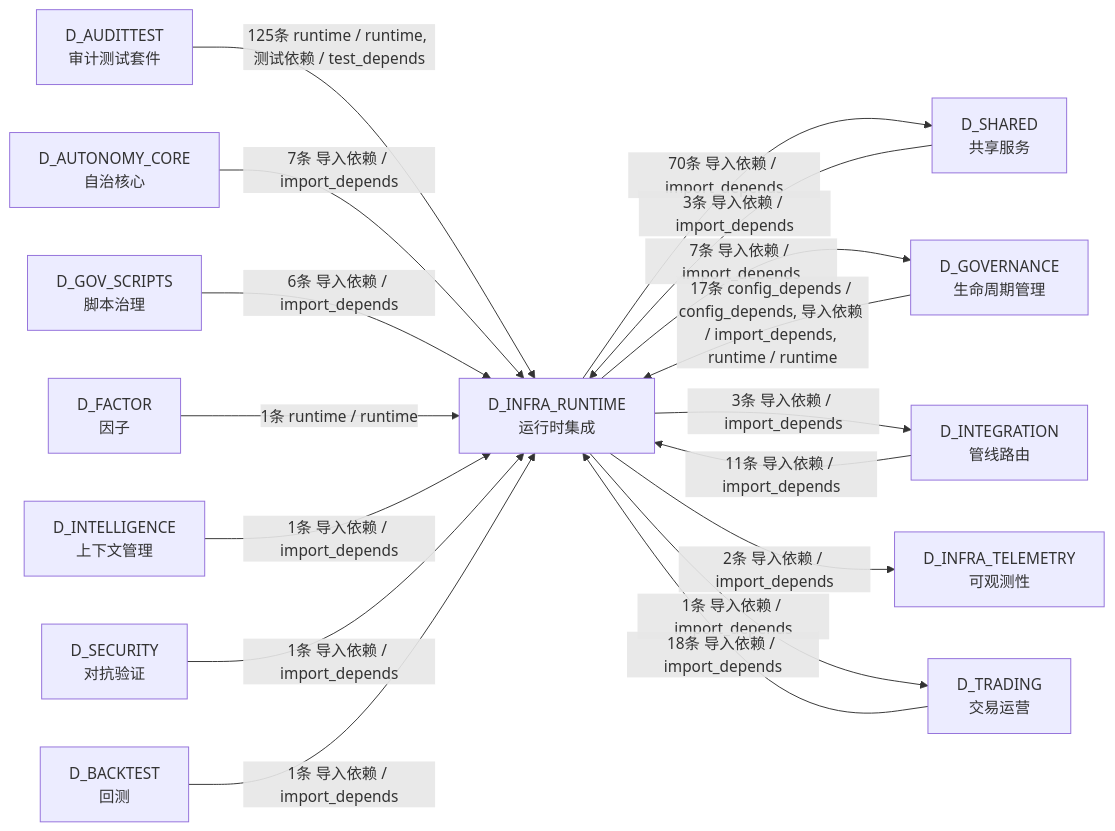
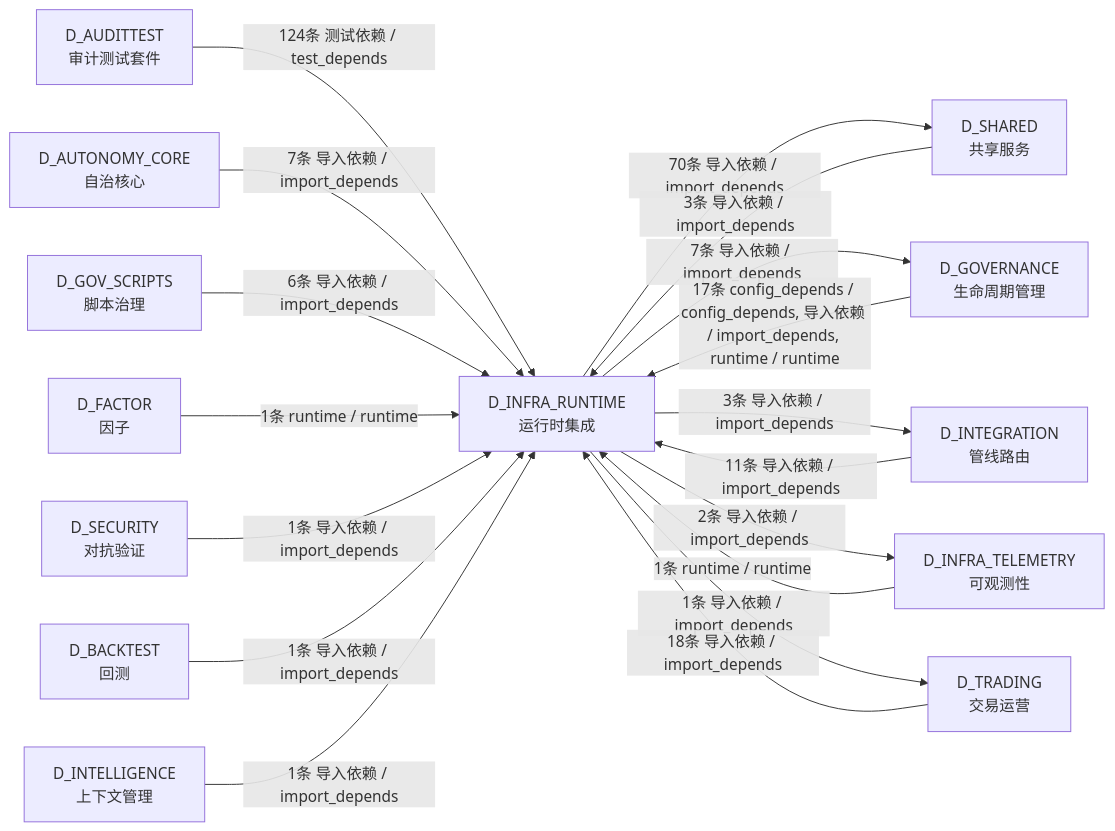
One commit to xuanFelixVan/ZephyrAlpha changed the eighth of 8 diagrams in docs/02_enterprise_architecture/02_domain_architecture_docs/04_d_infra_runtime.md. Above: the diagram before and after it, drawn with Mermaid. The commit also changed other lines of this file and 99 other files, not shown here.

````diff
--- a/docs/02_enterprise_architecture/02_domain_architecture_docs/04_d_infra_runtime.md
+++ b/docs/02_enterprise_architecture/02_domain_architecture_docs/04_d_infra_runtime.md
@@ -1266,32 +1265,33 @@
 ```mermaid
 graph LR
     D_INFRA_RUNTIME["D_INFRA_RUNTIME<br/>运行时集成"]
     D_SHARED["D_SHARED<br/>共享服务"]
     D_GOVERNANCE["D_GOVERNANCE<br/>生命周期管理"]
     D_INTEGRATION["D_INTEGRATION<br/>管线路由"]
     D_INFRA_TELEMETRY["D_INFRA_TELEMETRY<br/>可观测性"]
     D_TRADING["D_TRADING<br/>交易运营"]
     D_AUDITTEST["D_AUDITTEST<br/>审计测试套件"]
     D_AUTONOMY_CORE["D_AUTONOMY_CORE<br/>自治核心"]
     D_GOV_SCRIPTS["D_GOV_SCRIPTS<br/>脚本治理"]
     D_FACTOR["D_FACTOR<br/>因子"]
-    D_INTELLIGENCE["D_INTELLIGENCE<br/>上下文管理"]
     D_SECURITY["D_SECURITY<br/>对抗验证"]
     D_BACKTEST["D_BACKTEST<br/>回测"]
+    D_INTELLIGENCE["D_INTELLIGENCE<br/>上下文管理"]
     D_INFRA_RUNTIME -->|70条 导入依赖 / import_depends| D_SHARED
     D_INFRA_RUNTIME -->|7条 导入依赖 / import_depends| D_GOVERNANCE
     D_INFRA_RUNTIME -->|3条 导入依赖 / import_depends| D_INTEGRATION
     D_INFRA_RUNTIME -->|2条 导入依赖 / import_depends| D_INFRA_TELEMETRY
     D_INFRA_RUNTIME -->|1条 导入依赖 / import_depends| D_TRADING
-    D_AUDITTEST -->|125条 runtime / runtime, 测试依赖 / test_depends| D_INFRA_RUNTIME
+    D_AUDITTEST -->|124条 测试依赖 / test_depends| D_INFRA_RUNTIME
     D_TRADING -->|18条 导入依赖 / import_depends| D_INFRA_RUNTIME
     D_GOVERNANCE -->|17条 config_depends / config_depends, 导入依赖 / import_depends, runtime / runtime| D_INFRA_RUNTIME
     D_INTEGRATION -->|11条 导入依赖 / import_depends| D_INFRA_RUNTIME
     D_AUTONOMY_CORE -->|7条 导入依赖 / import_depends| D_INFRA_RUNTIME
     D_GOV_SCRIPTS -->|6条 导入依赖 / import_depends| D_INFRA_RUNTIME
     D_SHARED -->|3条 导入依赖 / import_depends| D_INFRA_RUNTIME
     D_FACTOR -->|1条 runtime / runtime| D_INFRA_RUNTIME
-    D_INTELLIGENCE -->|1条 导入依赖 / import_depends| D_INFRA_RUNTIME
     D_SECURITY -->|1条 导入依赖 / import_depends| D_INFRA_RUNTIME
     D_BACKTEST -->|1条 导入依赖 / import_depends| D_INFRA_RUNTIME
+    D_INTELLIGENCE -->|1条 导入依赖 / import_depends| D_INFRA_RUNTIME
+    D_INFRA_TELEMETRY -->|1条 runtime / runtime| D_INFRA_RUNTIME
 ```
````
